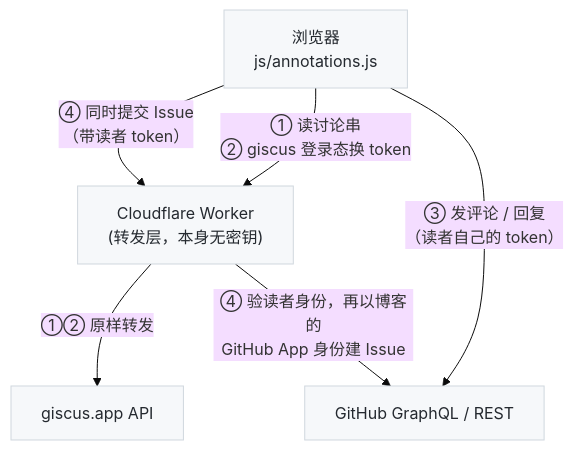
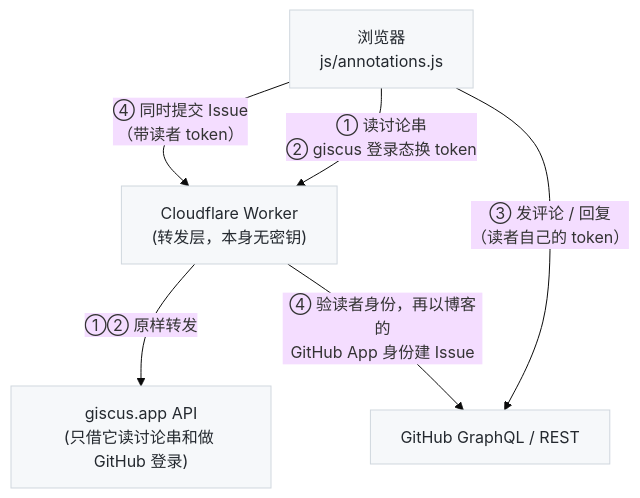
Before and after one commit to arganzheng/arganzheng.github.com: the diagram in _posts/2026-08-03-highlight-annotations-demo.md, drawn with Mermaid (base theme). The commit also changed other lines of this file and 10 other files, not shown here.

````diff
--- a/_posts/2026-08-03-highlight-annotations-demo.md
+++ b/_posts/2026-08-03-highlight-annotations-demo.md
@@ -109,14 +109,14 @@
 ```mermaid
 flowchart TB
     B["浏览器<br/>js/annotations.js"]
     W["Cloudflare Worker<br/>(转发层，本身无密钥)"]
-    G["giscus.app API"]
+    G["giscus.app API<br/>(只借它读讨论串和做 GitHub 登录)"]
     GH["GitHub GraphQL / REST"]
     B -- "① 读讨论串<br/>② giscus 登录态换 token" --> W
     W -- "①② 原样转发" --> G
     B -- "③ 发评论 / 回复<br/>（读者自己的 token）" --> GH
     B -- "④ 同时提交 Issue<br/>（带读者 token）" --> W
     W -- "④ 验读者身份，再以博客的<br/>GitHub App 身份建 Issue" --> GH
     classDef c fill:#f6f8fa,stroke:#d0d7de,color:#24292f;
     class B,W,G,GH c;
 ```
````
